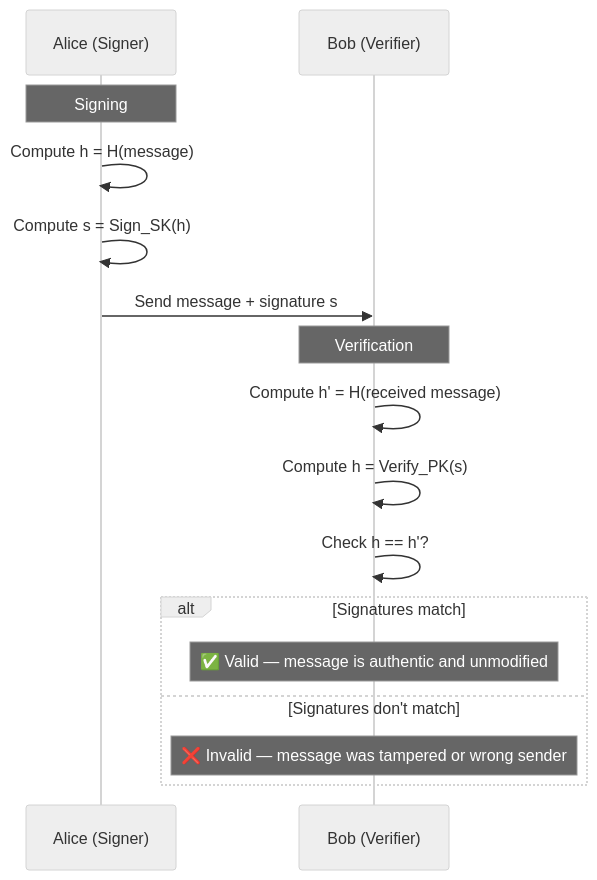
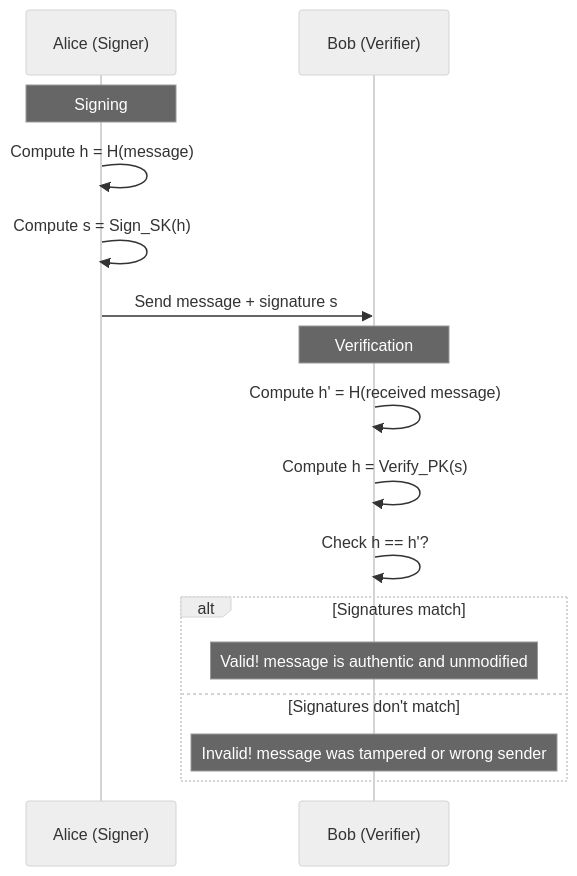
The first of 2 diagrams in docs/signatures.md (sabrinahaniff/CIS4520-Notes), drawn with Mermaid (neutral theme) before and after one commit. The commit also changed other lines of this file and 1 other file, not shown here.

````diff
--- a/docs/signatures.md
+++ b/docs/signatures.md
@@ -16,21 +16,21 @@
 ```mermaid
 sequenceDiagram
     participant A as Alice (Signer)
     participant B as Bob (Verifier)
 
     Note over A: Signing
     A->>A: Compute h = H(message)
     A->>A: Compute s = Sign_SK(h)
     A->>B: Send message + signature s
 
     Note over B: Verification
     B->>B: Compute h' = H(received message)
     B->>B: Compute h = Verify_PK(s)
     B->>B: Check h == h'?
 
     alt Signatures match
-        Note over B: ✅ Valid — message is authentic and unmodified
+        Note over B: Valid! message is authentic and unmodified
     else Signatures don't match
-        Note over B: ❌ Invalid — message was tampered or wrong sender
+        Note over B: Invalid! message was tampered or wrong sender
     end
 ```
````
